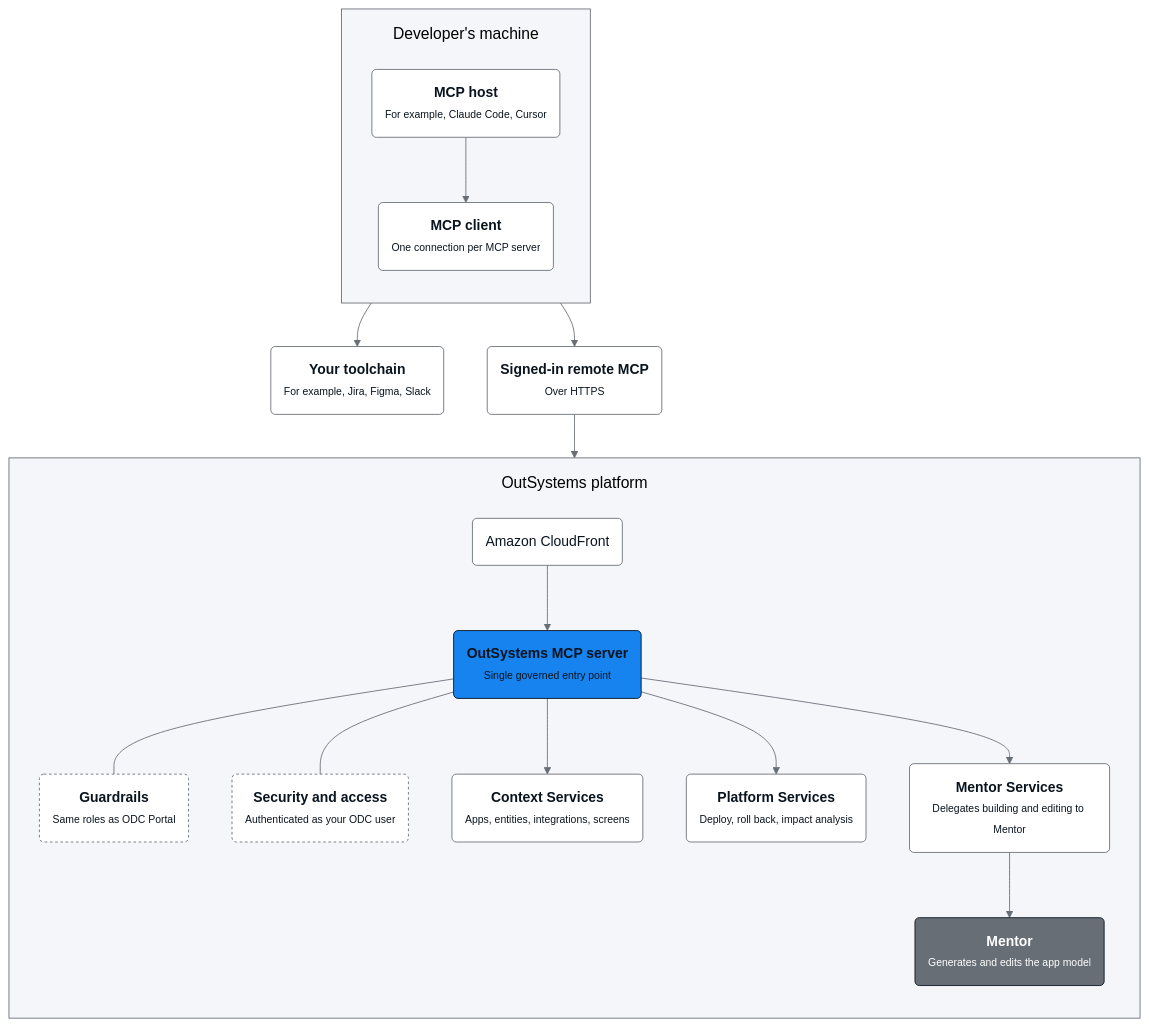
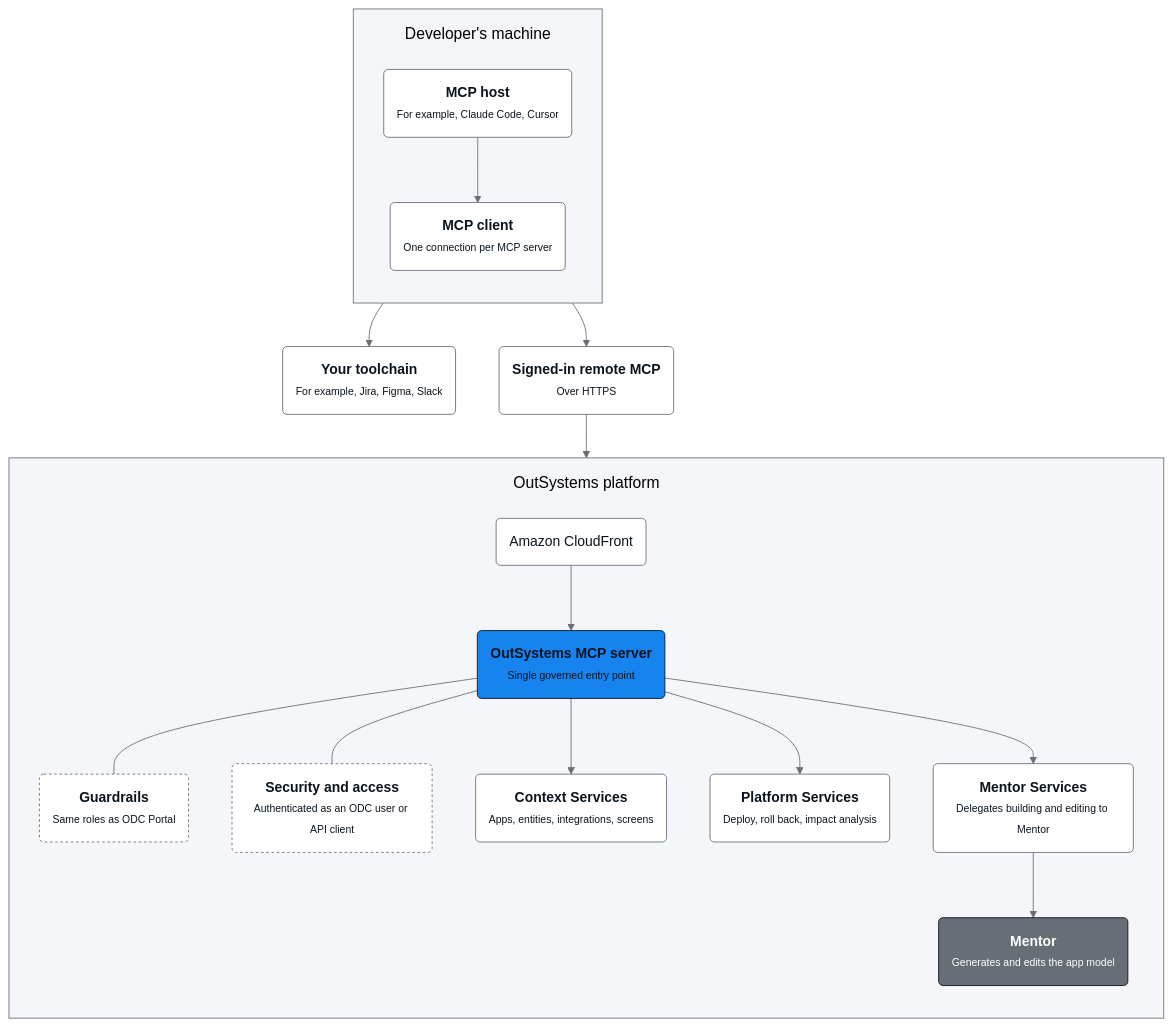
The diagram in src/eap/agentic-development/outsystems-mcp/architecture.md (OutSystems/docs-odc), drawn with Mermaid before and after one commit. The commit also changed other lines of this file and 9 other files, not shown here.

Commit message:
TK-25016 Document how to connect unattended agents to OutSystems MCP with an API client (#4084)

````diff
--- a/src/eap/agentic-development/outsystems-mcp/architecture.md
+++ b/src/eap/agentic-development/outsystems-mcp/architecture.md
@@ -37,42 +37,42 @@
 ```mermaid
 %%{init: {"theme": "base", "themeVariables": {"primaryColor": "#FFFFFF","primaryTextColor": "#0A141E","primaryBorderColor": "#686E76","lineColor": "#686E76","secondaryColor": "#F5F6FA","clusterBkg": "#F5F6FA","clusterBorder": "#686E76"}, "flowchart": {"subGraphTitleMargin": {"top": 16, "bottom": 16}}}}%%
 flowchart TB
     classDef process fill:#FFFFFF,stroke:#686E76,color:#0A141E
     classDef annotation fill:#FFFFFF,stroke:#686E76,color:#0A141E,stroke-dasharray: 3 3
     classDef decision fill:#1783EF,stroke:#0A141E,stroke-width:1px,color:#0A141E
     classDef container fill:#686E76,stroke:#0A141E,stroke-width:1px,color:#FFFFFF
 
     TOOLS("<b>Your toolchain</b><br/><span style='font-size:12px;color:#686E76'>For example, Jira, Figma, Slack</span>"):::process
     CONN("<b>Signed-in remote MCP</b><br/><span style='font-size:12px;color:#686E76'>Over HTTPS</span>"):::process
 
     subgraph DEV["<span style='font-size:18px;font-weight:500;white-space:nowrap;padding:0 16px'>Developer's machine</span>"]
         direction TB
         HOST("<b>MCP host</b><br/><span style='font-size:12px;color:#686E76'>For example, Claude Code, Cursor</span>"):::process
         CLIENT("<b>MCP client</b><br/><span style='font-size:12px;color:#686E76'>One connection per MCP server</span>"):::process
     end
 
     subgraph CLOUD["<span style='font-size:18px;font-weight:500;white-space:nowrap;padding:0 16px'>OutSystems platform</span>"]
         direction TB
         CF(Amazon CloudFront):::process
         GW("<b>OutSystems MCP server</b><br/><span style='font-size:12px;color:#0A141E'>Single governed entry point</span>"):::decision
         GUARD("<b>Guardrails</b><br/><span style='font-size:12px;color:#686E76'>Same roles as ODC Portal</span>"):::annotation
-        SEC("<b>Security and access</b><br/><span style='font-size:12px;color:#686E76'>Authenticated as your ODC user</span>"):::annotation
+        SEC("<b>Security and access</b><br/><span style='font-size:12px;color:#686E76'>Authenticated as an ODC user or API client</span>"):::annotation
         CTX("<b>Context Services</b><br/><span style='font-size:12px;color:#686E76'>Apps, entities, integrations, screens</span>"):::process
         PLAT("<b>Platform Services</b><br/><span style='font-size:12px;color:#686E76'>Deploy, roll back, impact analysis</span>"):::process
         MSVC("<b>Mentor Services</b><br/><span style='font-size:12px;color:#686E76'>Delegates building and editing to Mentor</span>"):::process
         MENTOR("<b>Mentor</b><br/><span style='font-size:12px;color:#FFFFFF'>Generates and edits the app model</span>"):::container
 
         CF --> GW
         GW --- GUARD
         GW --- SEC
         GW --> CTX
         GW --> PLAT
         GW --> MSVC
         MSVC --> MENTOR
     end
 
     HOST --> CLIENT
     HOST --> TOOLS
     CLIENT --> CONN
     CONN --> CF
 ```
````
